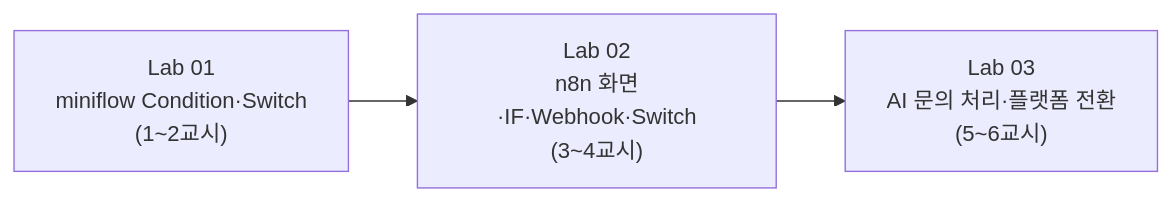
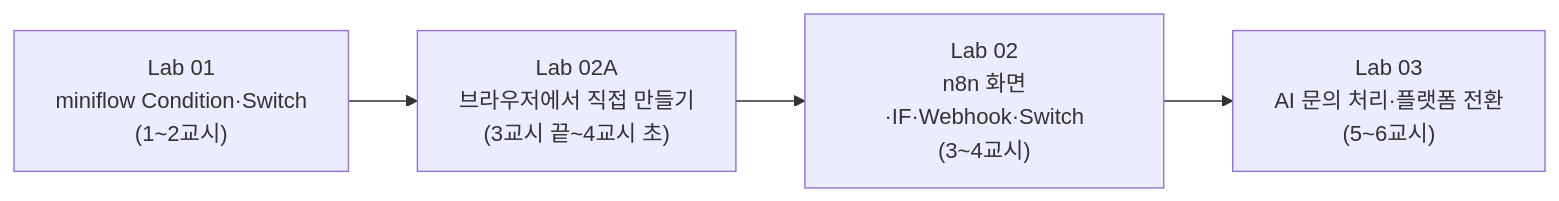
The diagram in Last3Mon/65/README.md (haedeuncha/aio-01d4-stu), drawn with Mermaid before and after one commit. The commit also changed other lines of this file and 2 other files, not shown here.

Commit message:
n8n 직접 실습 추가

````diff
--- a/Last3Mon/65/README.md
+++ b/Last3Mon/65/README.md
@@ -30,4 +31,4 @@
 ```mermaid
 flowchart LR
-  L1["Lab 01<br/>miniflow Condition·Switch<br/>(1~2교시)"] --> L2["Lab 02<br/>n8n 화면·IF·Webhook·Switch<br/>(3~4교시)"] --> L3["Lab 03<br/>AI 문의 처리·플랫폼 전환<br/>(5~6교시)"]
+  L1["Lab 01<br/>miniflow Condition·Switch<br/>(1~2교시)"] --> L2A["Lab 02A<br/>브라우저에서 직접 만들기<br/>(3교시 끝~4교시 초)"] --> L2["Lab 02<br/>n8n 화면·IF·Webhook·Switch<br/>(3~4교시)"] --> L3["Lab 03<br/>AI 문의 처리·플랫폼 전환<br/>(5~6교시)"]
 ```
````
